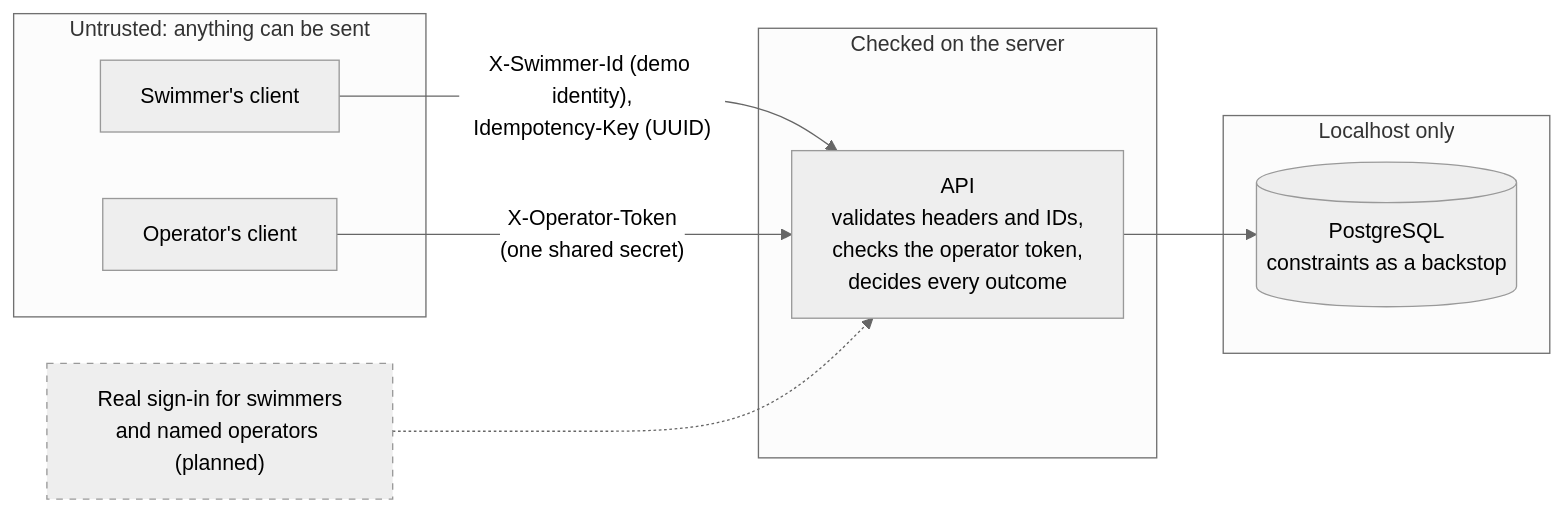
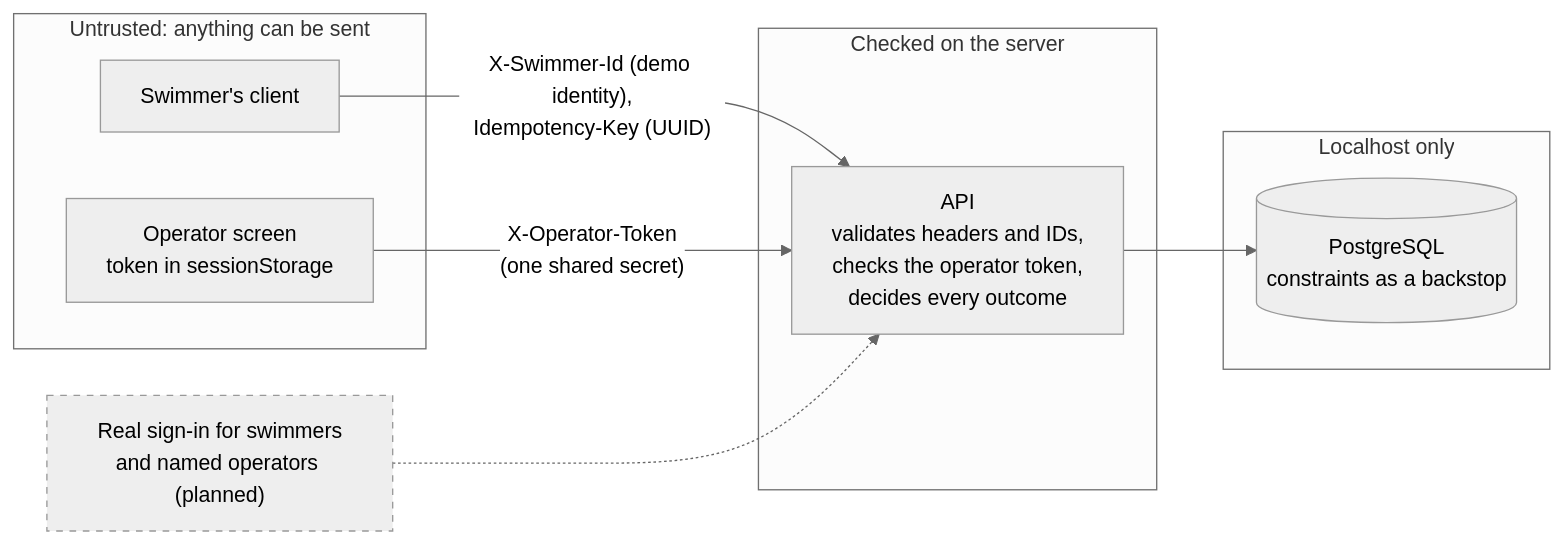
One commit to ashutosharma2/SwimSync changed diagram 16 of 23 in docs/architecture.md. Above: the diagram before and after it, drawn with Mermaid (neutral theme). The commit also changed other lines of this file and 4 other files, not shown here.

Commit message:
Docs: phase 4 closed with the operator screen (ADR-017), a sequence diagram for it, and two backlog items from its check

````diff
--- a/docs/architecture.md
+++ b/docs/architecture.md
@@ -429,25 +428,25 @@
 ```mermaid
 flowchart LR
     subgraph Untrusted["Untrusted: anything can be sent"]
         Client["Swimmer's client"]
-        OpClient["Operator's client"]
+        OpClient["Operator screen<br/>token in sessionStorage"]
     end
 
     subgraph Server["Checked on the server"]
         API["API<br/>validates headers and IDs,<br/>checks the operator token,<br/>decides every outcome"]
     end
 
     subgraph Data["Localhost only"]
         PG[("PostgreSQL<br/>constraints as a backstop")]
     end
 
     Auth["Real sign-in for swimmers<br/>and named operators (planned)"]
 
     Client -- "X-Swimmer-Id (demo identity),<br/>Idempotency-Key (UUID)" --> API
     OpClient -- "X-Operator-Token<br/>(one shared secret)" --> API
     API --> PG
     Auth -.-> API
 
     class Auth planned
     classDef planned stroke-dasharray: 5 5
 ```
````
